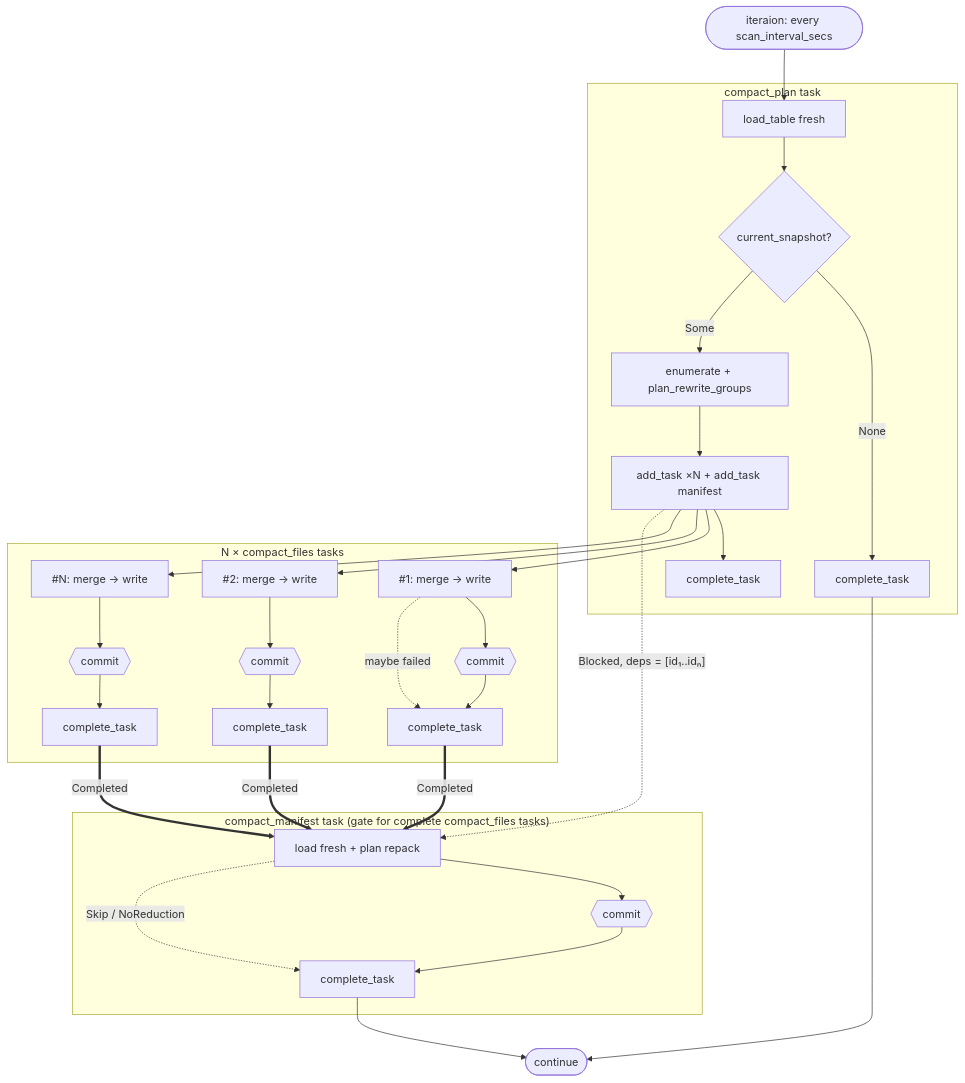
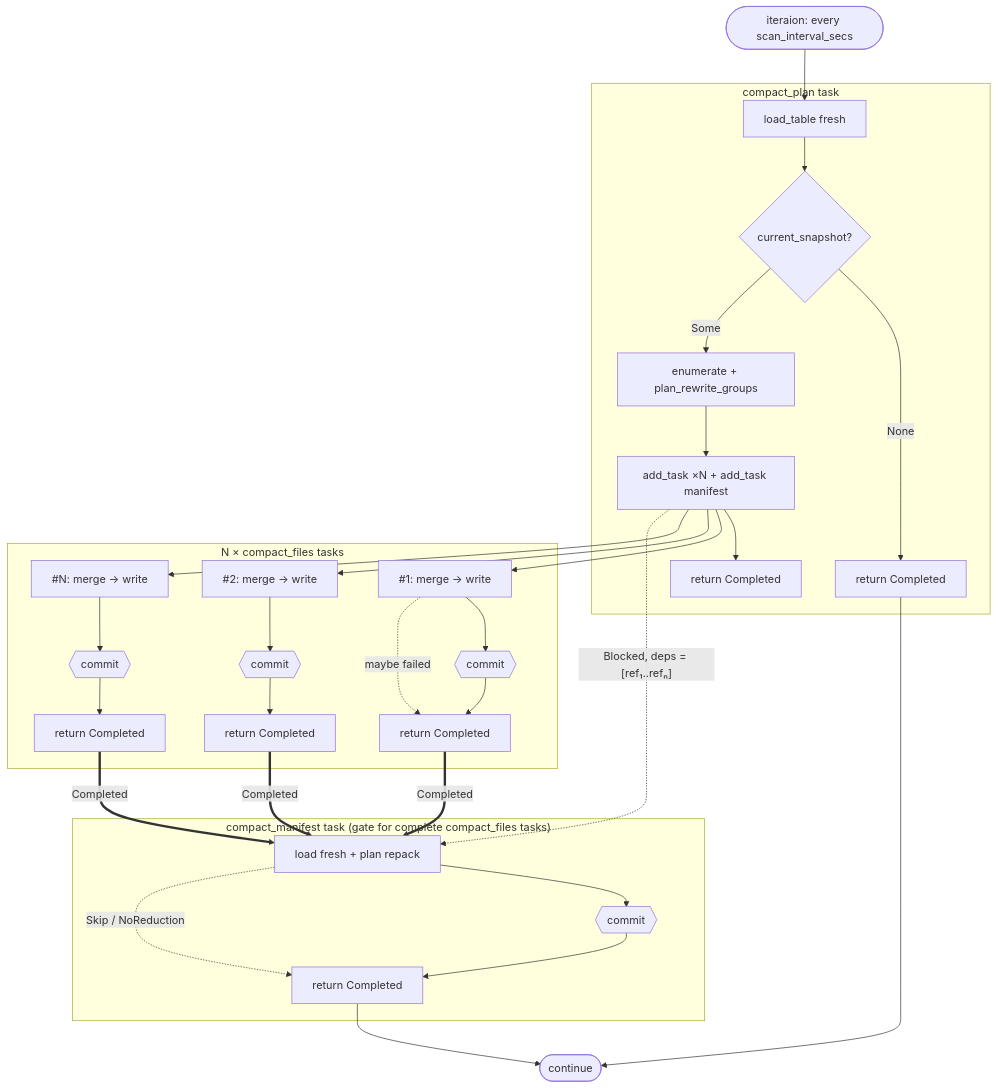
Before and after one commit to icegatetech/icegate: the diagram in crates/icegate-maintain/src/compact/README.md, drawn with Mermaid. The commit also changed other lines of this file and 23 other files, not shown here.

````diff
--- a/crates/icegate-maintain/src/compact/README.md
+++ b/crates/icegate-maintain/src/compact/README.md
@@ -45,36 +45,36 @@
 ```mermaid
 flowchart TD
     START(["iteraion: every scan_interval_secs"]) --> PLAN
 
     subgraph P["compact_plan task"]
         PLAN["load_table fresh"] --> HS{"current_snapshot?"}
-        HS -->|None| DONE0["complete_task"]
+        HS -->|None| DONE0["return Completed"]
         HS -->|Some| ENUM["enumerate + plan_rewrite_groups"]
         ENUM --> FAN["add_task ×N + add_task manifest"]
-        FAN --> DONEP["complete_task"]
+        FAN --> DONEP["return Completed"]
     end
 
     FAN --> F1
     FAN --> F2
     FAN --> FN
-    FAN -.->|"Blocked, deps = [id₁..idₙ]"| MAN
+    FAN -.->|"Blocked, deps = [ref₁..refₙ]"| MAN
 
     subgraph W["N × compact_files tasks"]
-        F1["#1: merge → write"] --> K1{{"commit"}} --> D1["complete_task"]
-        F2["#2: merge → write"] --> K2{{"commit"}} --> D2["complete_task"]
-        FN["#N: merge → write"] --> KN{{"commit"}} --> DN["complete_task"]
+        F1["#1: merge → write"] --> K1{{"commit"}} --> D1["return Completed"]
+        F2["#2: merge → write"] --> K2{{"commit"}} --> D2["return Completed"]
+        FN["#N: merge → write"] --> KN{{"commit"}} --> DN["return Completed"]
         F1 -.->|"maybe failed"| D1
     end
 
     D1 ==>|Completed| MAN
     D2 ==>|Completed| MAN
     DN ==>|Completed| MAN
 
     subgraph M["compact_manifest task (gate for complete compact_files tasks)"]
-        MAN["load fresh + plan repack"] --> KM{{"commit"}} --> DM["complete_task"]
+        MAN["load fresh + plan repack"] --> KM{{"commit"}} --> DM["return Completed"]
         MAN -.->|"Skip / NoReduction"| DM
     end
 
     DM --> NEXT(["continue"])
     DONE0 --> NEXT
 ```
````
